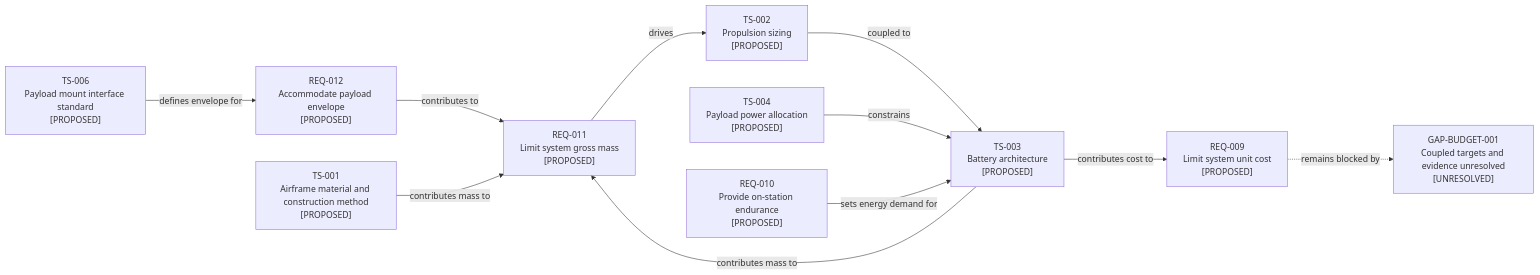
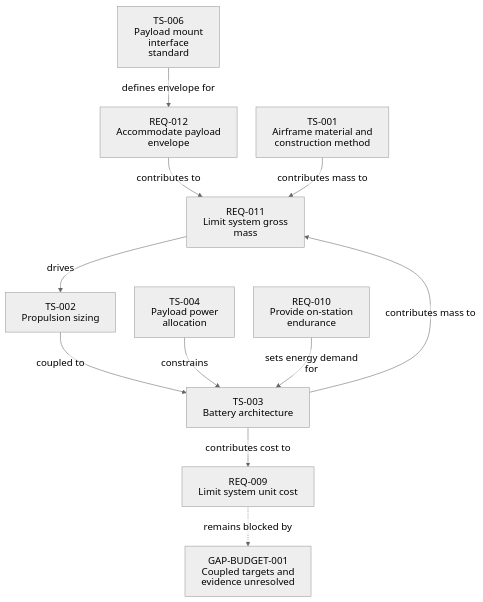
Before and after one commit to noahstephenson/low-cost-relay-uas: diagram 12 of 15 in docs/reference/architecture-atlas.md, drawn with Mermaid. The commit also changed other lines of this file and 22 other files, not shown here.

Commit message:
Teach the relay UAS architecture through a guided reading path and readable views

````diff
--- a/docs/reference/architecture-atlas.md
+++ b/docs/reference/architecture-atlas.md
@@ -325,24 +487,25 @@
 ```mermaid
-flowchart LR
+%%{init: {"theme": "neutral", "htmlLabels": false, "themeVariables": {"fontSize": "18px"}, "flowchart": {"htmlLabels": false, "nodeSpacing": 35, "rankSpacing": 45}}}%%
+flowchart TB
     %% Configuration scope: CFG-REP / CFG-DOM
-    REQ_012["REQ-012<br/>Accommodate payload envelope<br/>[PROPOSED]"]
-    TS_006["TS-006<br/>Payload mount interface standard<br/>[PROPOSED]"]
-    TS_001["TS-001<br/>Airframe material and construction method<br/>[PROPOSED]"]
-    REQ_011["REQ-011<br/>Limit system gross mass<br/>[PROPOSED]"]
-    TS_002["TS-002<br/>Propulsion sizing<br/>[PROPOSED]"]
-    TS_004["TS-004<br/>Payload power allocation<br/>[PROPOSED]"]
-    REQ_010["REQ-010<br/>Provide on-station endurance<br/>[PROPOSED]"]
-    TS_003["TS-003<br/>Battery architecture<br/>[PROPOSED]"]
-    REQ_009["REQ-009<br/>Limit system unit cost<br/>[PROPOSED]"]
-    GAP_BUDGET_001["GAP-BUDGET-001<br/>Coupled targets and evidence unresolved<br/>[UNRESOLVED]"]
+    REQ_012["REQ-012<br/>Accommodate payload<br/>envelope"]
+    TS_006["TS-006<br/>Payload mount interface<br/>standard"]
+    TS_001["TS-001<br/>Airframe material and<br/>construction method"]
+    REQ_011["REQ-011<br/>Limit system gross mass"]
+    TS_002["TS-002<br/>Propulsion sizing"]
+    TS_004["TS-004<br/>Payload power allocation"]
+    REQ_010["REQ-010<br/>Provide on-station<br/>endurance"]
+    TS_003["TS-003<br/>Battery architecture"]
+    REQ_009["REQ-009<br/>Limit system unit cost"]
+    GAP_BUDGET_001["GAP-BUDGET-001<br/>Coupled targets and<br/>evidence unresolved"]
     REQ_012 -->|"contributes to"| REQ_011
     TS_002 -->|"coupled to"| TS_003
     TS_004 -->|"constrains"| TS_003
     TS_006 -->|"defines envelope for"| REQ_012
     TS_001 -->|"contributes mass to"| REQ_011
     REQ_011 -->|"drives"| TS_002
     REQ_010 -->|"sets energy demand for"| TS_003
     TS_003 -->|"contributes mass to"| REQ_011
     TS_003 -->|"contributes cost to"| REQ_009
     REQ_009 -.->|"remains blocked by"| GAP_BUDGET_001
 ```
````
